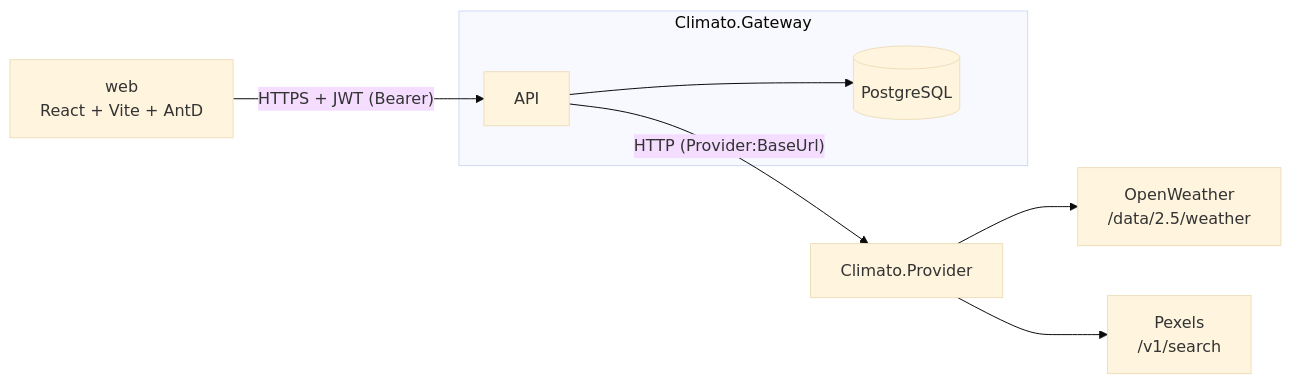
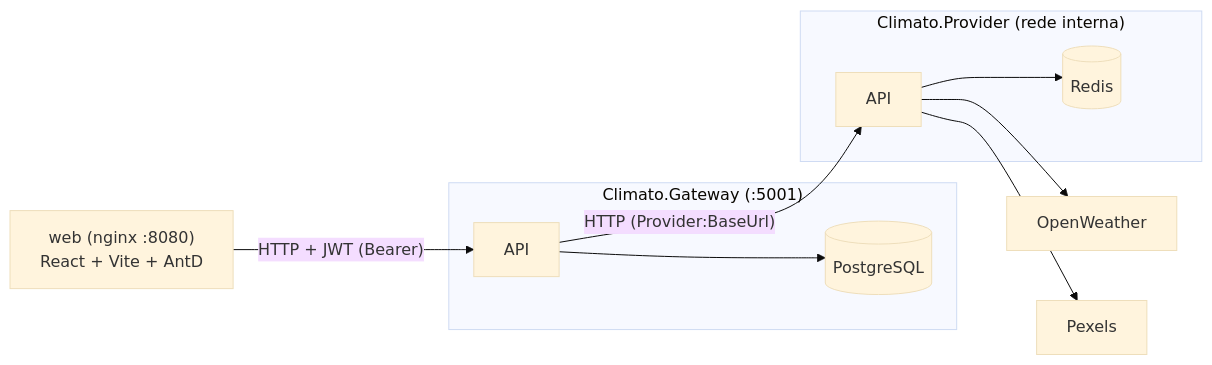
The first of 2 diagrams in docs/architecture/system-design.md (YudiKojima/Climato), drawn with Mermaid (base theme) before and after one commit. The commit also changed other lines of this file and 7 other files, not shown here.

````diff
--- a/docs/architecture/system-design.md
+++ b/docs/architecture/system-design.md
@@ -9,10 +9,13 @@
 ```mermaid
 flowchart LR
-    web["web<br/>React + Vite + AntD"] -- "HTTPS + JWT (Bearer)" --> gw
-    subgraph Gateway["Climato.Gateway"]
+    web["web (nginx :8080)<br/>React + Vite + AntD"] -- "HTTP + JWT (Bearer)" --> gw
+    subgraph Gateway["Climato.Gateway (:5001)"]
         gw["API"] --> db[(PostgreSQL)]
     end
-    gw -- "HTTP (Provider:BaseUrl)" --> pv["Climato.Provider"]
-    pv --> ow["OpenWeather<br/>/data/2.5/weather"]
-    pv --> px["Pexels<br/>/v1/search"]
+    gw -- "HTTP (Provider:BaseUrl)" --> pv
+    subgraph Provider["Climato.Provider (rede interna)"]
+        pv["API"] --> cache[(Redis)]
+    end
+    pv --> ow["OpenWeather"]
+    pv --> px["Pexels"]
 ```
````
